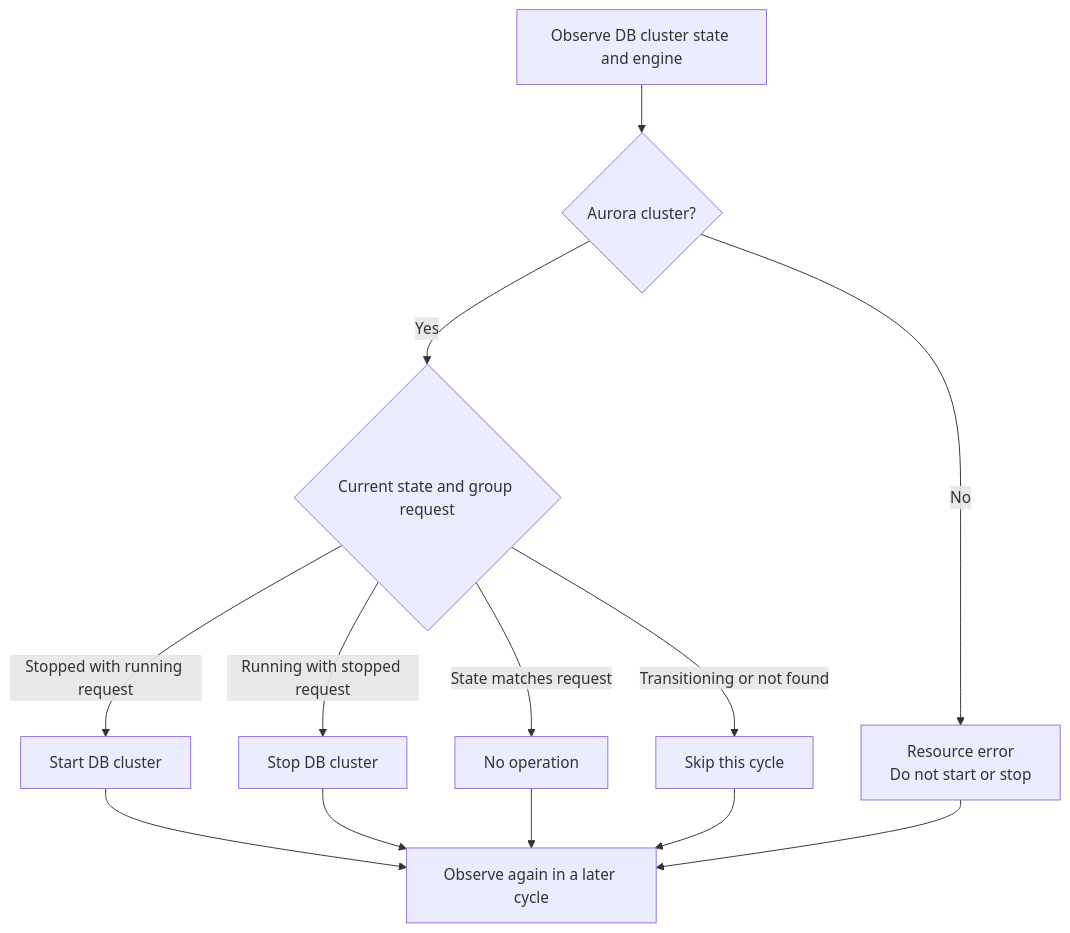
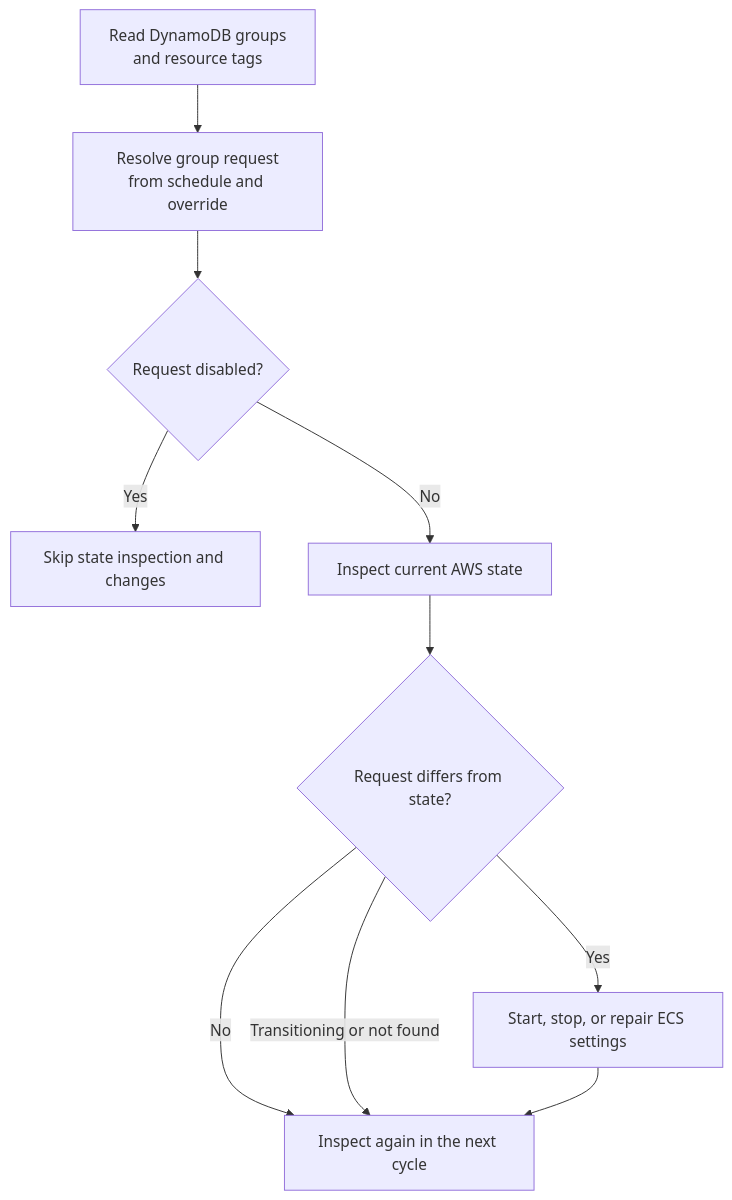
One commit to moepig/cheapskate changed the diagram in docs/en/usage/resource_flow.md. Above: the diagram before and after it, drawn with Mermaid. The commit also changed other lines of this file and 63 other files, not shown here.

````diff
--- a/docs/en/usage/resource_flow.md
+++ b/docs/en/usage/resource_flow.md
@@ -49,15 +11,12 @@
 ```mermaid
 flowchart TD
-    observe["Observe DB cluster state and engine"] --> eligible{"Aurora cluster?"}
-    eligible -->|No| error["Resource error<br/>Do not start or stop"]
-    eligible -->|Yes| decide{"Current state and group request"}
-    decide -->|Stopped with running request| start["Start DB cluster"]
-    decide -->|Running with stopped request| stop["Stop DB cluster"]
-    decide -->|State matches request| keep["No operation"]
-    decide -->|Transitioning or not found| skip["Skip this cycle"]
-    start --> next["Observe again in a later cycle"]
-    stop --> next
-    keep --> next
-    skip --> next
-    error --> next
+    load["Read DynamoDB groups<br/>and resource tags"] --> request["Resolve group request<br/>from schedule and override"]
+    request --> enabled{"Request disabled?"}
+    enabled -->|Yes| skip["Skip state inspection and changes"]
+    enabled -->|No| observe["Inspect current AWS state"]
+    observe --> compare{"Request differs from state?"}
+    compare -->|Yes| apply["Start, stop, or repair ECS settings"]
+    compare -->|No| next["Inspect again in the next cycle"]
+    compare -->|Transitioning or not found| next
+    apply --> next
 ```
````
